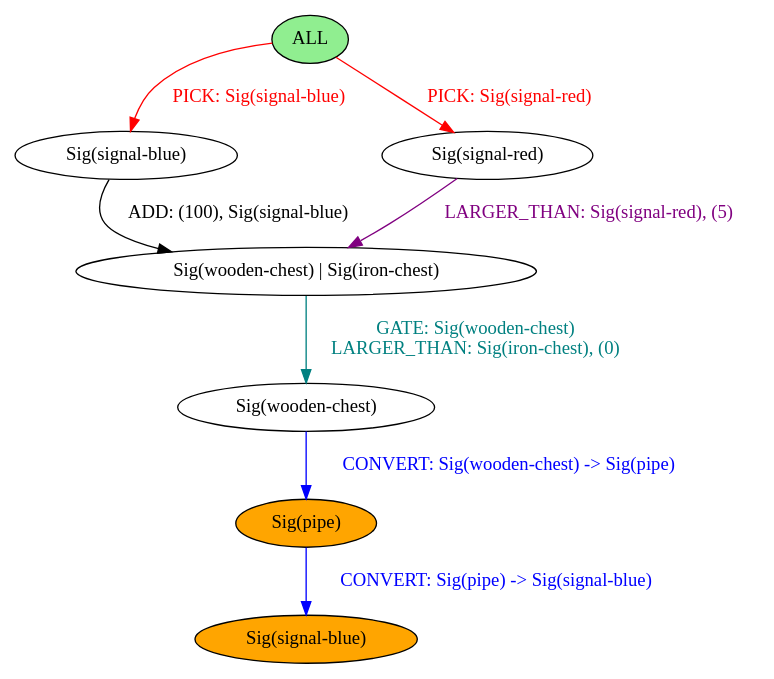
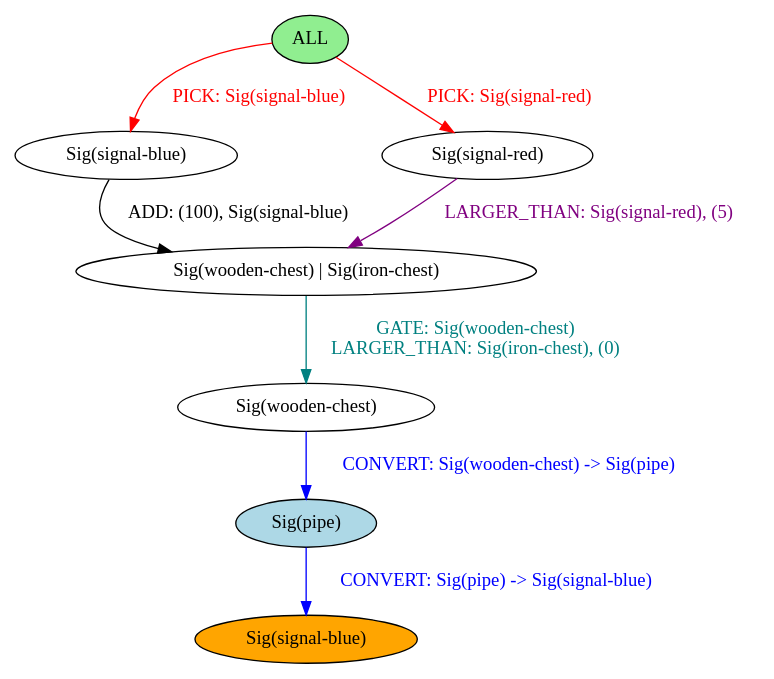
Before and after one commit to BalderHolst/chef: the diagram in chef-lang/examples/when_simple.output.dot, drawn with Graphviz. The commit also changed 10 other files, not shown here.

```diff
--- a/chef-lang/examples/when_simple.output.dot
+++ b/chef-lang/examples/when_simple.output.dot
@@ -1,18 +1,18 @@
 strict digraph {
 	nodesep=1
 	7	[style=filled fillcolor=white label="Sig(signal-blue)"]
 	0	[style=filled fillcolor=lightgreen label="ALL"]
 	3	[style=filled fillcolor=white label="Sig(signal-red)"]
 	9	[style=filled fillcolor=white label="Sig(wooden-chest)"]
 	8	[style=filled fillcolor=white label="Sig(wooden-chest) | Sig(iron-chest)"]
 	11	[style=filled fillcolor=orange label="Sig(signal-blue)"]
-	10	[style=filled fillcolor=orange label="Sig(pipe)"]
+	10	[style=filled fillcolor=lightblue label="Sig(pipe)"]
 	7 -> 8	[label="ADD: (100), Sig(signal-blue)" color=black fontcolor=black]
 	0 -> 3	[label="PICK: Sig(signal-red)" color=red fontcolor=red]
 	0 -> 7	[label="PICK: Sig(signal-blue)" color=red fontcolor=red]
 	3 -> 8	[label="LARGER_THAN: Sig(signal-red), (5)" color=purple fontcolor=purple]
 	9 -> 10	[label="CONVERT: Sig(wooden-chest) -> Sig(pipe)" color=blue fontcolor=blue]
 	8 -> 9	[label="GATE: Sig(wooden-chest)
 LARGER_THAN: Sig(iron-chest), (0)" color=teal fontcolor=teal]
 	10 -> 11	[label="CONVERT: Sig(pipe) -> Sig(signal-blue)" color=blue fontcolor=blue]
 }
```
